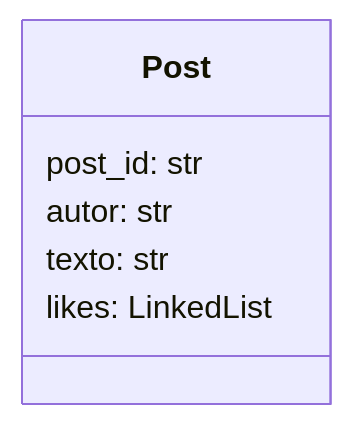
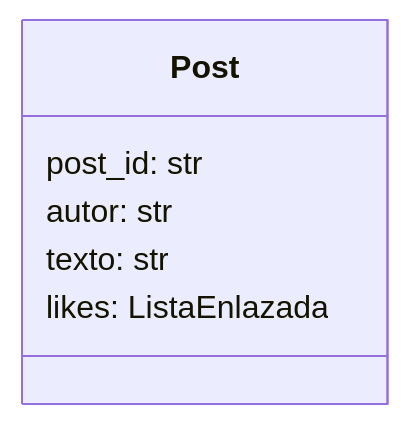
The third of 6 diagrams in README.md (College-Homework-Repos/tarea1-estructura-de-datos-twitter-dataset), drawn with Mermaid before and after one commit. The commit also changed other lines of this file and 1 other file, not shown here.

Commit message:
Improve readme documentation for graph

````diff
--- a/README.md
+++ b/README.md
@@ -60,9 +93,9 @@
 ```mermaid
 classDiagram
     class Post {
         post_id: str
         autor: str
         texto: str
-        likes: LinkedList
+        likes: ListaEnlazada
     }
 ```
````
